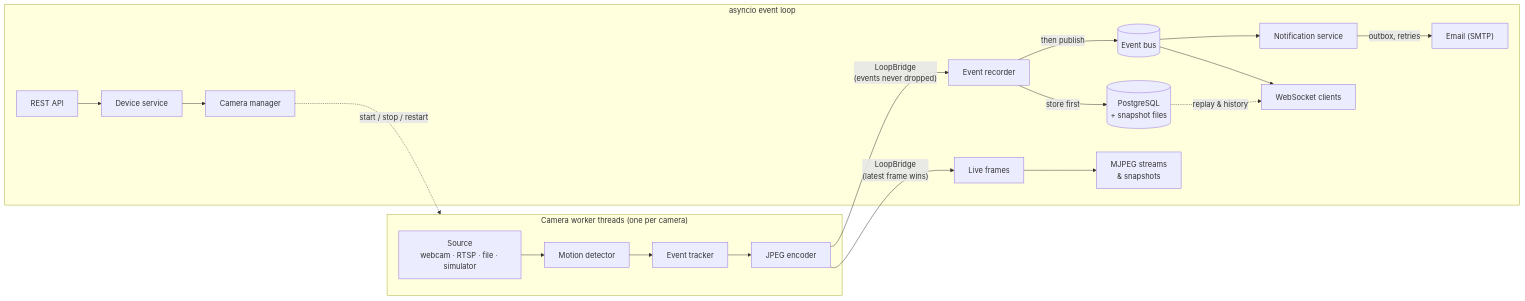
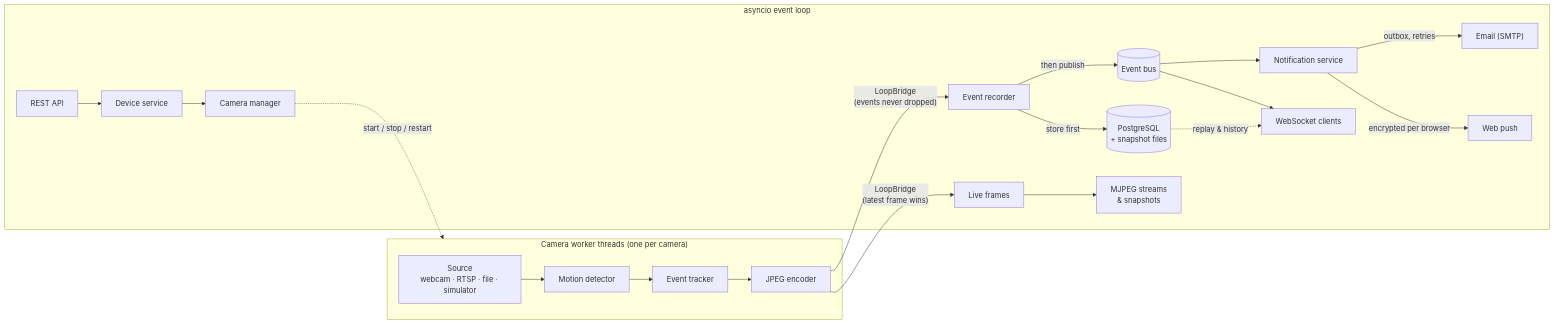
One commit to AndrewTechTips/Thief-Detection-Notifier changed the diagram in README.md. Above: the diagram before and after it, drawn with Mermaid. The commit also changed other lines of this file and 1 other file, not shown here.

Commit message:
docs: document push notifications and close Phase 4

````diff
--- a/README.md
+++ b/README.md
@@ -58,18 +58,19 @@
 ```mermaid
 flowchart LR
     subgraph threads["Camera worker threads (one per camera)"]
         S["Source<br/>webcam · RTSP · file · simulator"] --> D["Motion detector"] --> T["Event tracker"] --> J["JPEG encoder"]
     end
     J -->|"LoopBridge<br/>(latest frame wins)"| F["Live frames"]
     J -->|"LoopBridge<br/>(events never dropped)"| R["Event recorder"]
     subgraph loop["asyncio event loop"]
         R -->|"store first"| P[("PostgreSQL<br/>+ snapshot files")]
         R -->|"then publish"| B[("Event bus")]
         F --> M["MJPEG streams<br/>& snapshots"]
         B --> N["Notification service"] -->|"outbox, retries"| E["Email (SMTP)"]
+        N -->|"encrypted per browser"| WP["Web push"]
         B --> W["WebSocket clients"]
         P -. "replay & history" .-> W
         A["REST API"] --> DS["Device service"] --> CM["Camera manager"]
     end
     CM -. "start / stop / restart" .-> threads
 ```
````
